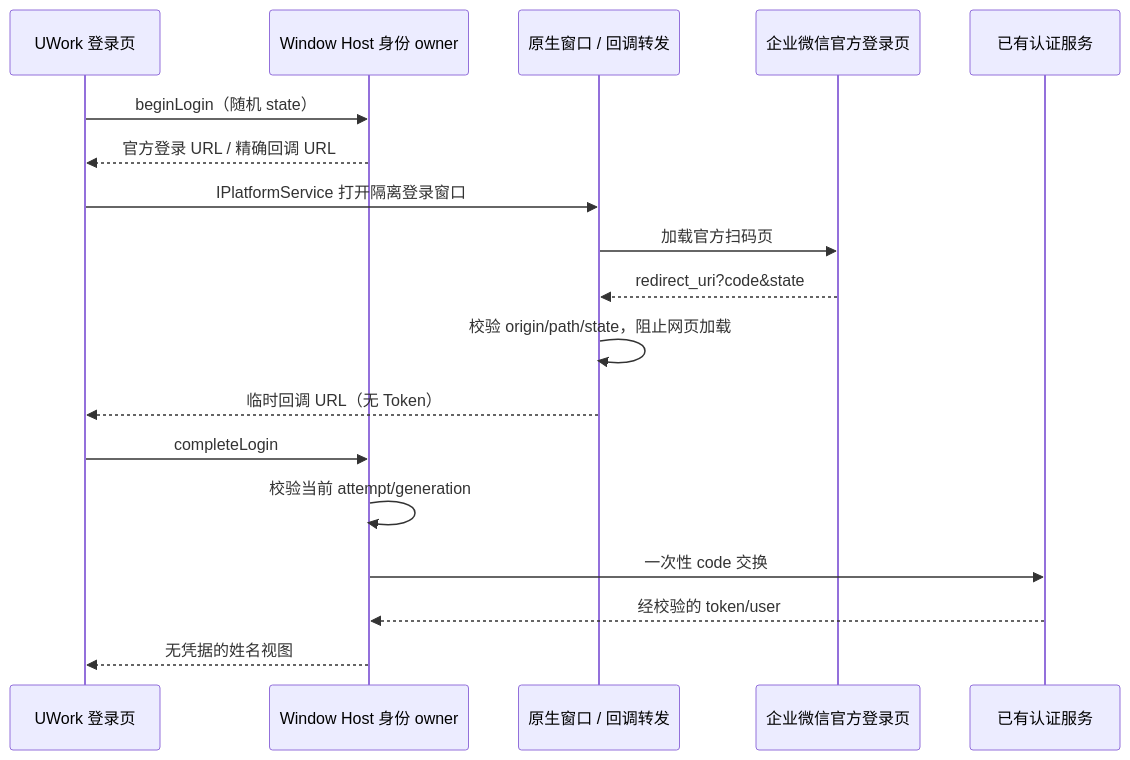
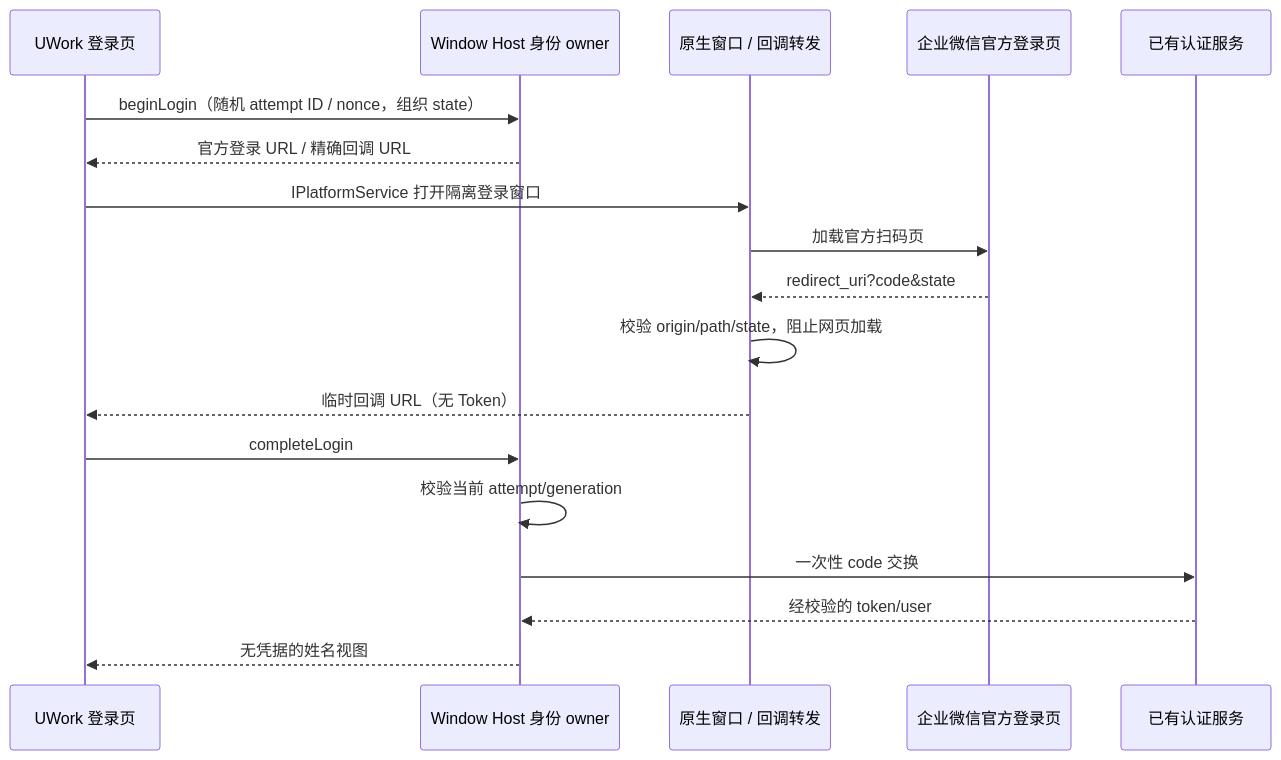
One commit to Jas0nxlee/UWork changed the fourth of 4 diagrams in specs/enterprise-identity.md. Above: the diagram before and after it, drawn with Mermaid. The commit also changed other lines of this file and 17 other files, not shown here.

````diff
--- a/specs/enterprise-identity.md
+++ b/specs/enterprise-identity.md
@@ -129,20 +130,20 @@
 ```mermaid
 sequenceDiagram
     participant UI as UWork 登录页
     participant Host as Window Host 身份 owner
     participant Main as 原生窗口 / 回调转发
     participant WX as 企业微信官方登录页
     participant API as 已有认证服务
-    UI->>Host: beginLogin（随机 state）
+    UI->>Host: beginLogin（随机 attempt ID / nonce，组织 state）
     Host-->>UI: 官方登录 URL / 精确回调 URL
     UI->>Main: IPlatformService 打开隔离登录窗口
     Main->>WX: 加载官方扫码页
     WX-->>Main: redirect_uri?code&state
     Main->>Main: 校验 origin/path/state，阻止网页加载
     Main-->>UI: 临时回调 URL（无 Token）
     UI->>Host: completeLogin
     Host->>Host: 校验当前 attempt/generation
     Host->>API: 一次性 code 交换
     API-->>Host: 经校验的 token/user
     Host-->>UI: 无凭据的姓名视图
 ```
````
